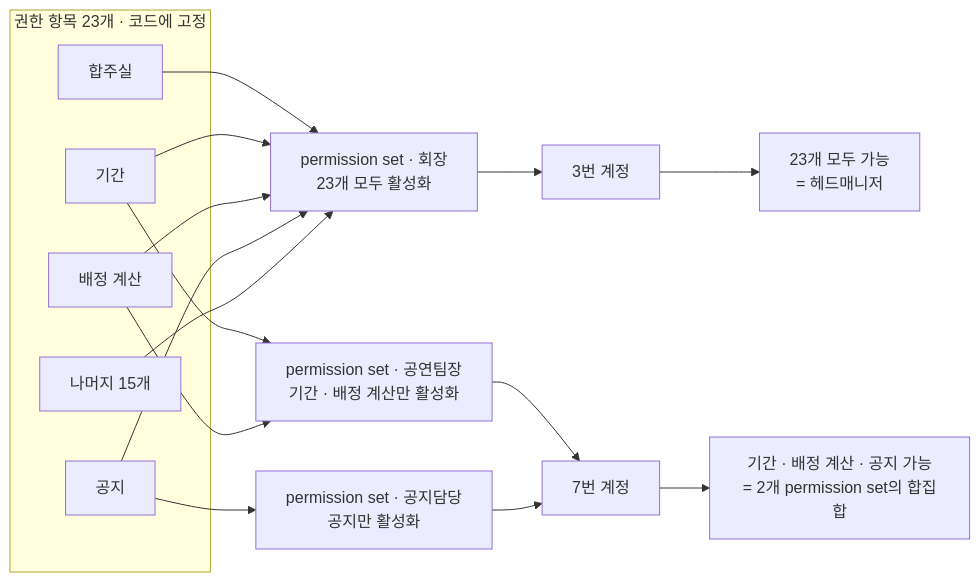
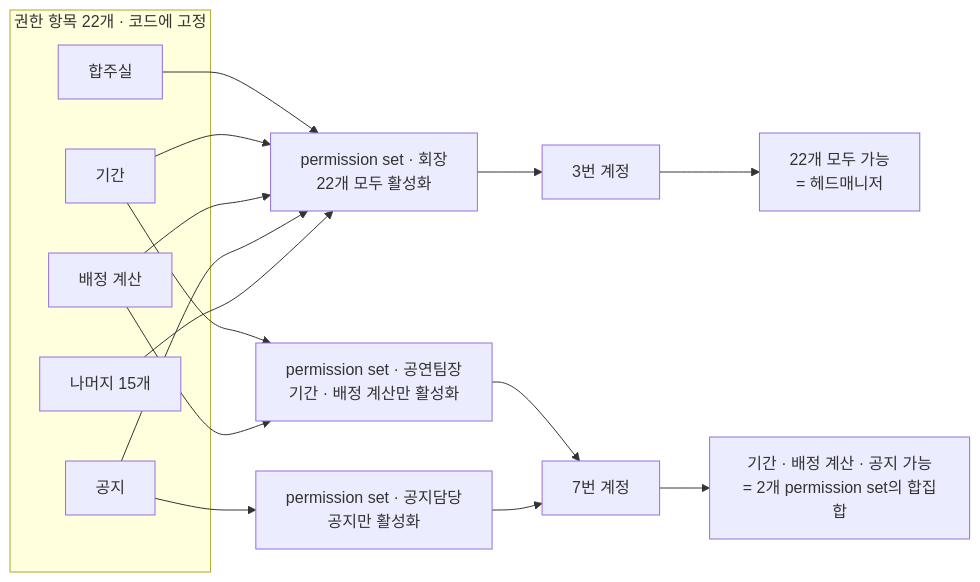
Before and after one commit to minkong-dev/Banblit: the third of 4 diagrams in .cluedoc/accounts-and-roles/accounts-and-roles.md, drawn with Mermaid. The commit also changed other lines of this file and 25 other files, not shown here.

````diff
--- a/.cluedoc/accounts-and-roles/accounts-and-roles.md
+++ b/.cluedoc/accounts-and-roles/accounts-and-roles.md
@@ -395,23 +398,23 @@
 ```mermaid
 flowchart LR
-    subgraph I[권한 항목 23개 · 코드에 고정]
+    subgraph I[권한 항목 22개 · 코드에 고정]
         A1[합주실]
         A2[기간]
         A3[배정 계산]
         A4[공지]
         A5[나머지 15개]
     end
     A1 --> B1
     A2 --> B1
     A3 --> B1
     A4 --> B1
     A5 --> B1
     A2 --> B2
     A3 --> B2
     A4 --> B3
-    B1[permission set · 회장<br/>23개 모두 활성화] --> M1[3번 계정]
+    B1[permission set · 회장<br/>22개 모두 활성화] --> M1[3번 계정]
     B2[permission set · 공연팀장<br/>기간 · 배정 계산만 활성화] --> M2[7번 계정]
     B3[permission set · 공지담당<br/>공지만 활성화] --> M2
-    M1 --> R1[23개 모두 가능<br/>= 헤드매니저]
+    M1 --> R1[22개 모두 가능<br/>= 헤드매니저]
     M2 --> R2[기간 · 배정 계산 · 공지 가능<br/>= 2개 permission set의 합집합]
 ```
````
